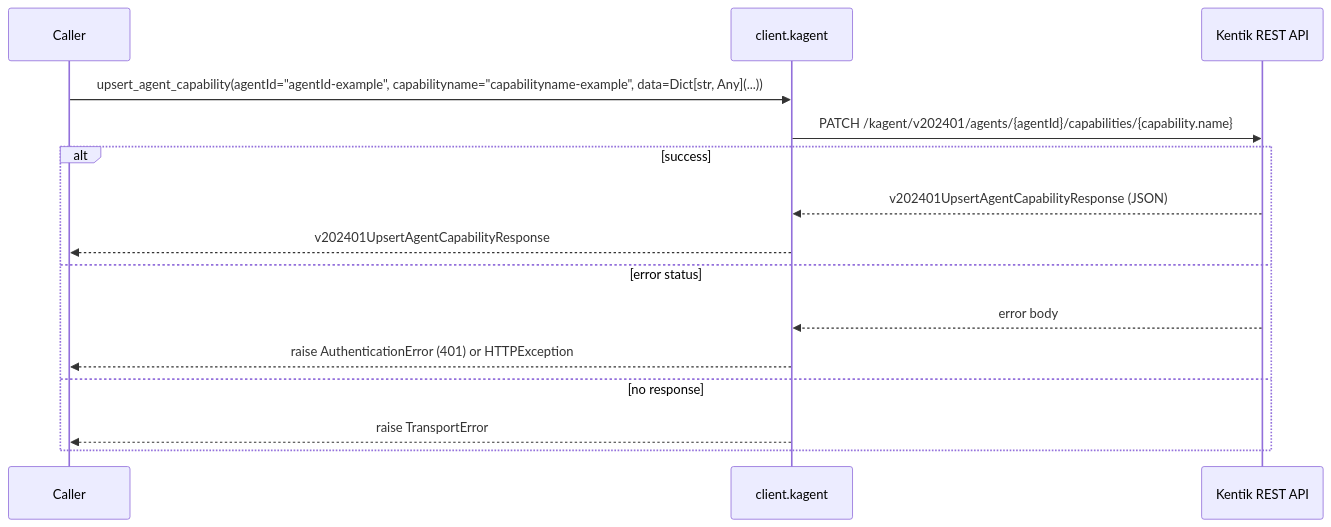
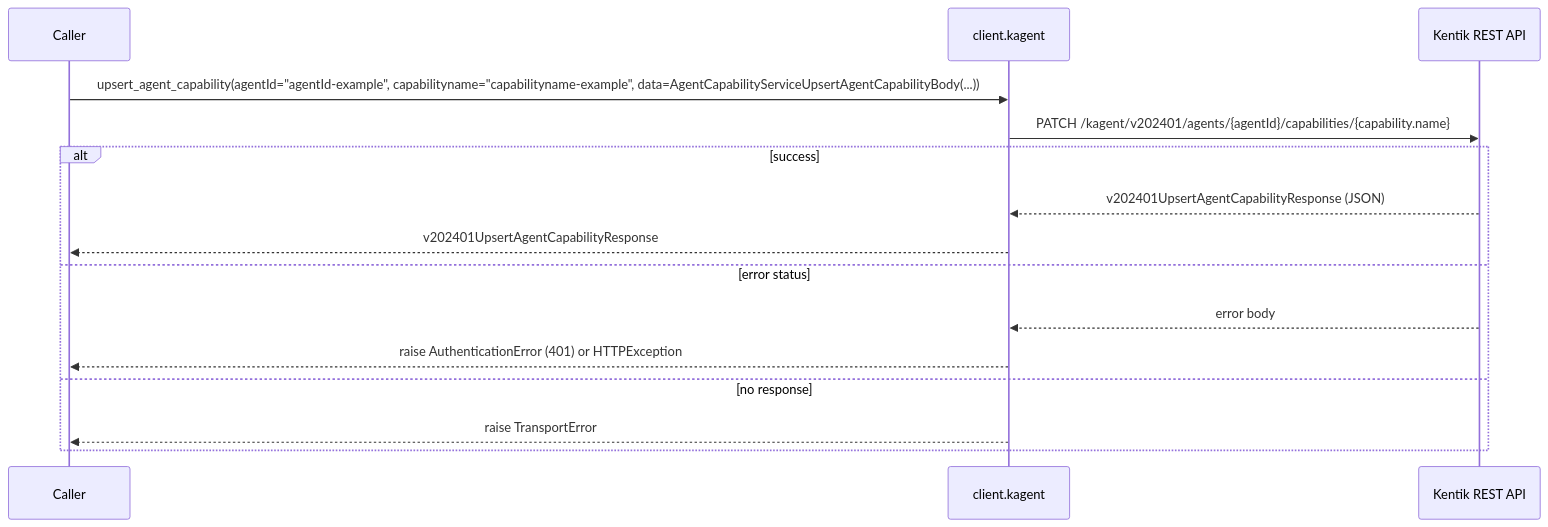
Diagram 20 of 58 in docs/sphinx/services/kagent.md (alexdearaujo/community_sdk_python), drawn with Mermaid before and after one commit. The commit also changed other lines of this file and 85 other files, not shown here.

````diff
--- a/docs/sphinx/services/kagent.md
+++ b/docs/sphinx/services/kagent.md
@@ -732,18 +732,18 @@
 ```mermaid
 sequenceDiagram
     participant C as Caller
     participant W as client.kagent
     participant API as Kentik REST API
 
-    C->>W: upsert_agent_capability(agentId="agentId-example", capabilityname="capabilityname-example", data=Dict[str, Any](...))
+    C->>W: upsert_agent_capability(agentId="agentId-example", capabilityname="capabilityname-example", data=AgentCapabilityServiceUpsertAgentCapabilityBody(...))
     W->>API: PATCH /kagent/v202401/agents/{agentId}/capabilities/{capability.name}
     alt success
         API-->>W: v202401UpsertAgentCapabilityResponse (JSON)
         W-->>C: v202401UpsertAgentCapabilityResponse
     else error status
         API-->>W: error body
         W-->>C: raise AuthenticationError (401) or HTTPException
     else no response
         W-->>C: raise TransportError
     end
 ```
````
